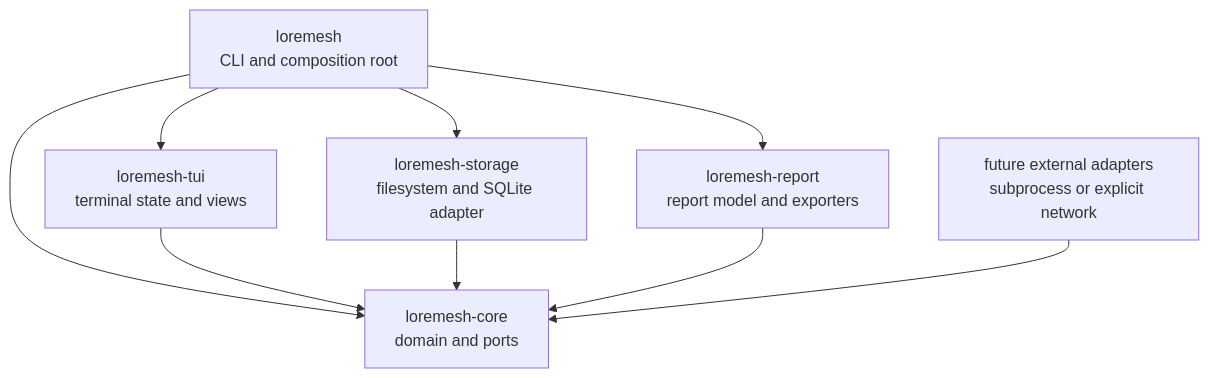
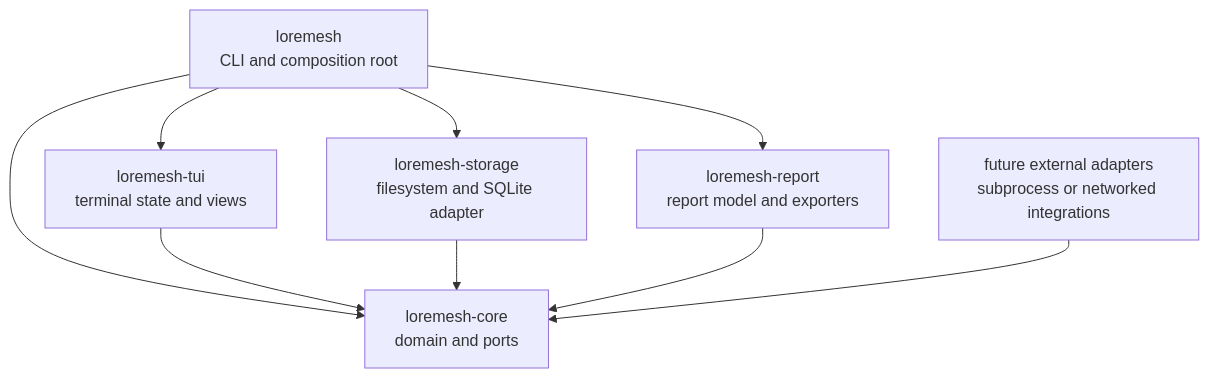
One commit to Ritevista/loremesh changed the diagram in docs/architecture/overview.md. Above: the diagram before and after it, drawn with Mermaid. The commit also changed 6 other files, not shown here.

Commit message:
docs: tighten architecture wording

````diff
--- a/docs/architecture/overview.md
+++ b/docs/architecture/overview.md
@@ -5,18 +5,18 @@
 ```mermaid
 flowchart TB
     bin["loremesh<br/>CLI and composition root"]
     tui["loremesh-tui<br/>terminal state and views"]
     storage["loremesh-storage<br/>filesystem and SQLite adapter"]
     report["loremesh-report<br/>report model and exporters"]
     core["loremesh-core<br/>domain and ports"]
-    future["future external adapters<br/>subprocess or explicit network"]
+    future["future external adapters<br/>subprocess or networked integrations"]
 
     bin --> tui
     bin --> storage
     bin --> report
     bin --> core
     tui --> core
     storage --> core
     report --> core
     future --> core
 ```
````
